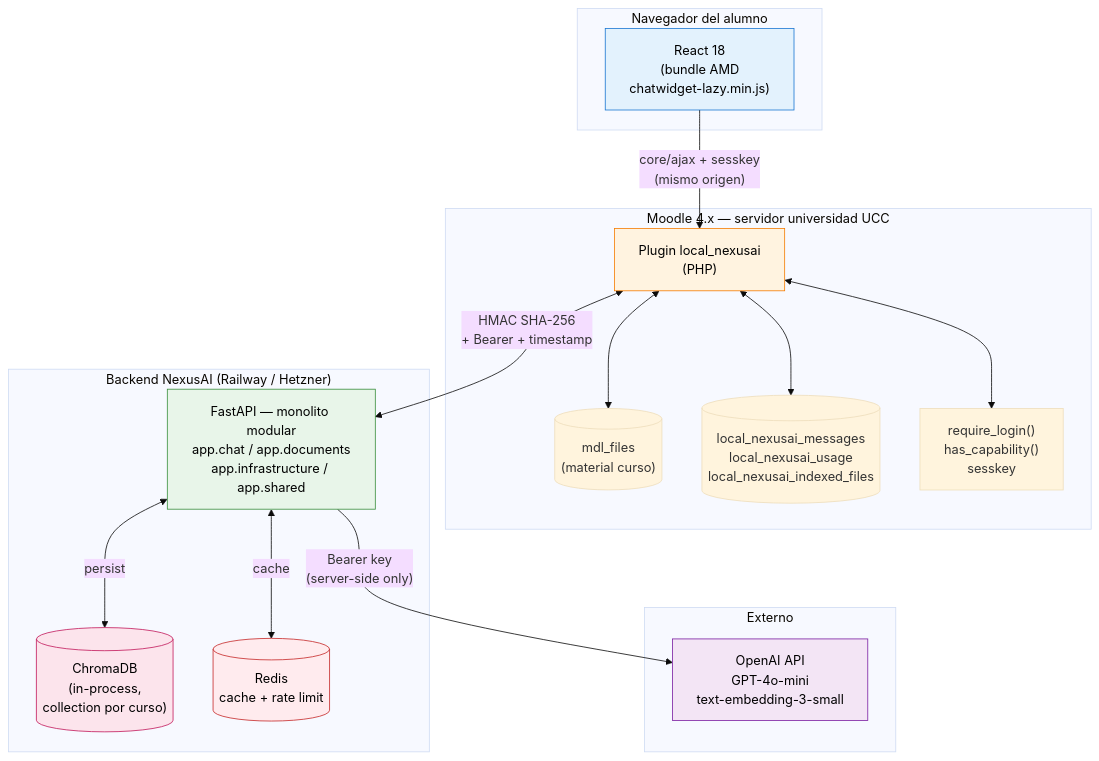
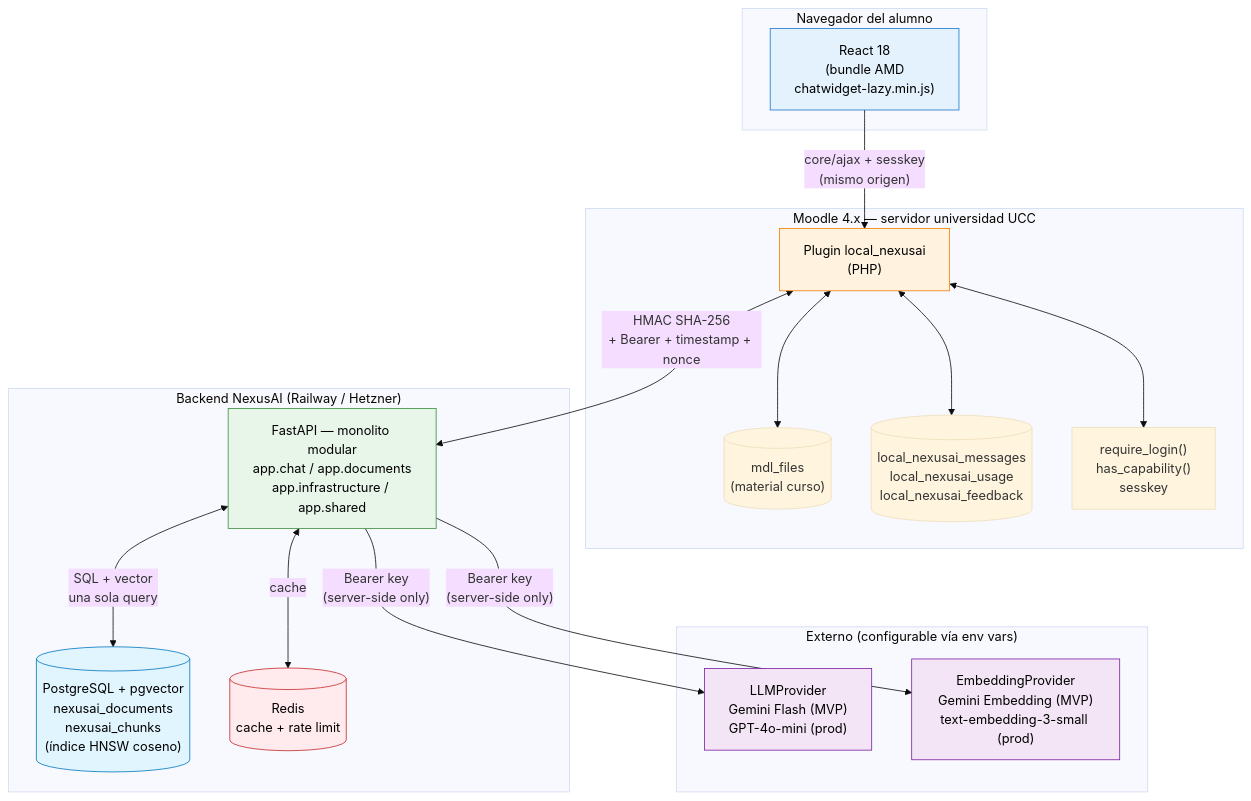
One commit to nexusai-ucc/nexusAI changed the diagram in NexusAI/docs/diagrams/architecture.md. Above: the diagram before and after it, drawn with Mermaid (base theme). The commit also changed other lines of this file and 15 other files, not shown here.

````diff
--- a/NexusAI/docs/diagrams/architecture.md
+++ b/NexusAI/docs/diagrams/architecture.md
@@ -5,39 +5,42 @@
 ```mermaid
 flowchart TB
     subgraph BROWSER["Navegador del alumno"]
         REACT["React 18<br/>(bundle AMD<br/>chatwidget-lazy.min.js)"]
     end
 
     subgraph MOODLE["Moodle 4.x — servidor universidad UCC"]
         PHP["Plugin local_nexusai<br/>(PHP)"]
         MFILES[("mdl_files<br/>(material curso)")]
-        MTABLES[("local_nexusai_messages<br/>local_nexusai_usage<br/>local_nexusai_indexed_files")]
+        MTABLES[("local_nexusai_messages<br/>local_nexusai_usage<br/>local_nexusai_feedback")]
         MAUTH["require_login()<br/>has_capability()<br/>sesskey"]
     end
 
     subgraph BACKEND["Backend NexusAI (Railway / Hetzner)"]
         FASTAPI["FastAPI — monolito modular<br/>app.chat / app.documents<br/>app.infrastructure / app.shared"]
-        CHROMA[("ChromaDB<br/>(in-process,<br/>collection por curso)")]
+        PG[("PostgreSQL + pgvector<br/>nexusai_documents<br/>nexusai_chunks<br/>(índice HNSW coseno)")]
         REDIS[(Redis<br/>cache + rate limit)]
     end
 
-    subgraph EXTERNAL["Externo"]
-        OPENAI["OpenAI API<br/>GPT-4o-mini<br/>text-embedding-3-small"]
+    subgraph EXTERNAL["Externo (configurable vía env vars)"]
+        LLM["LLMProvider<br/>Gemini Flash (MVP)<br/>GPT-4o-mini (prod)"]
+        EMB["EmbeddingProvider<br/>Gemini Embedding (MVP)<br/>text-embedding-3-small (prod)"]
     end
 
     REACT -->|"core/ajax + sesskey<br/>(mismo origen)"| PHP
-    PHP <-->|HMAC SHA-256<br/>+ Bearer + timestamp| FASTAPI
+    PHP <-->|HMAC SHA-256<br/>+ Bearer + timestamp + nonce| FASTAPI
     PHP <--> MFILES
     PHP <--> MTABLES
     PHP <--> MAUTH
-    FASTAPI <-->|persist| CHROMA
+    FASTAPI <-->|SQL + vector<br/>una sola query| PG
     FASTAPI <-->|cache| REDIS
-    FASTAPI -->|"Bearer key<br/>(server-side only)"| OPENAI
+    FASTAPI -->|"Bearer key<br/>(server-side only)"| LLM
+    FASTAPI -->|"Bearer key<br/>(server-side only)"| EMB
 
     style REACT fill:#e3f2fd,color:#000,stroke:#1976d2
     style PHP fill:#fff3e0,color:#000,stroke:#f57c00
     style FASTAPI fill:#e8f5e9,color:#000,stroke:#388e3c
-    style OPENAI fill:#f3e5f5,color:#000,stroke:#7b1fa2
-    style CHROMA fill:#fce4ec,color:#000,stroke:#c2185b
+    style LLM fill:#f3e5f5,color:#000,stroke:#7b1fa2
+    style EMB fill:#f3e5f5,color:#000,stroke:#7b1fa2
+    style PG fill:#e1f5fe,color:#000,stroke:#0277bd
     style REDIS fill:#ffebee,color:#000,stroke:#c62828
 ```
````
